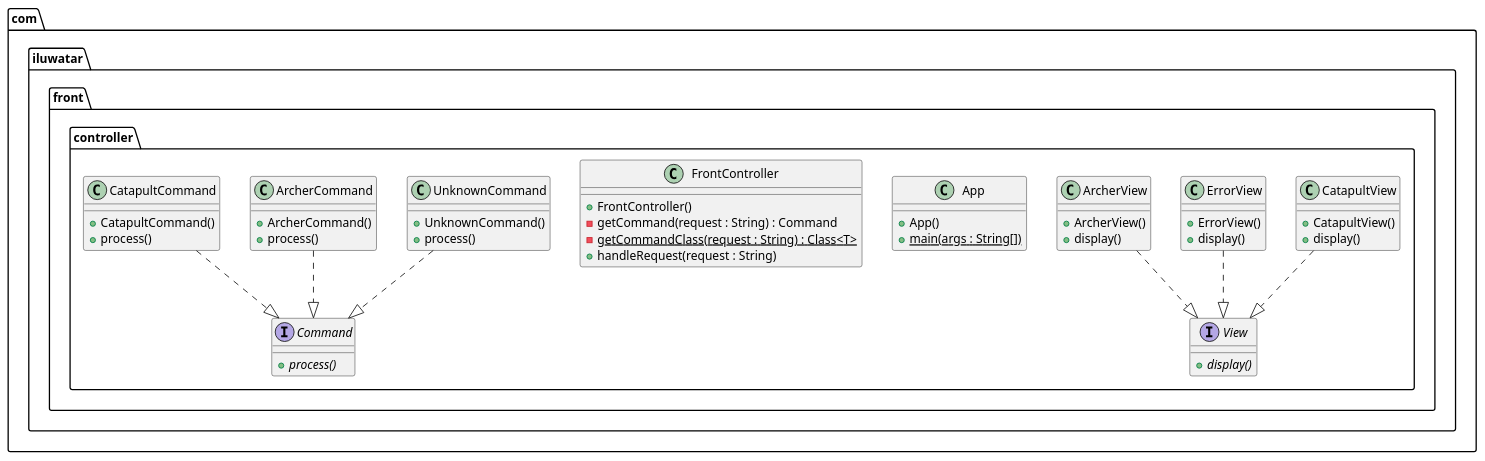
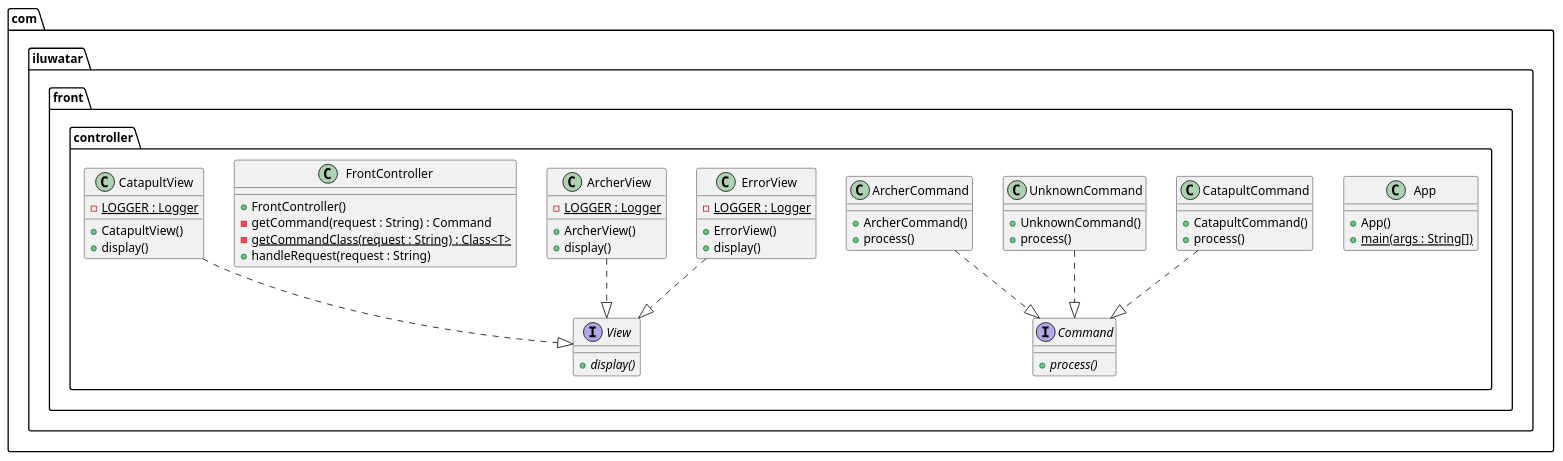
The diagram in front-controller/etc/front-controller.urm.puml (NatalieSty/java-design-patterns), drawn with PlantUML before and after one commit. The commit also changed 84 other files, not shown here.

```diff
--- a/front-controller/etc/front-controller.urm.puml
+++ b/front-controller/etc/front-controller.urm.puml
@@ -1,50 +1,53 @@
 @startuml
 package com.iluwatar.front.controller {
-  class ArcherView {
-    + ArcherView()
-    + display()
-  }
-  interface View {
-    + display() {abstract}
-  }
-  class CatapultView {
-    + CatapultView()
-    + display()
+  class App {
+    + App()
+    + main(args : String[]) {static}
   }
   class ArcherCommand {
     + ArcherCommand()
     + process()
   }
-  class App {
-    + App()
-    + main(args : String[]) {static}
+  class ArcherView {
+    - LOGGER : Logger {static}
+    + ArcherView()
+    + display()
+  }
+  class CatapultCommand {
+    + CatapultCommand()
+    + process()
+  }
+  class CatapultView {
+    - LOGGER : Logger {static}
+    + CatapultView()
+    + display()
+  }
+  interface Command {
+    + process() {abstract}
+  }
+  class ErrorView {
+    - LOGGER : Logger {static}
+    + ErrorView()
+    + display()
   }
   class FrontController {
     + FrontController()
     - getCommand(request : String) : Command
     - getCommandClass(request : String) : Class<T> {static}
     + handleRequest(request : String)
   }
   class UnknownCommand {
     + UnknownCommand()
     + process()
   }
-  class ErrorView {
-    + ErrorView()
-    + display()
-  }
-  class CatapultCommand {
-    + CatapultCommand()
-    + process()
-  }
-  interface Command {
-    + process() {abstract}
+  interface View {
+    + display() {abstract}
   }
 }
+ArcherCommand ..|> Command 
 ArcherView ..|> View 
+CatapultCommand ..|> Command 
 CatapultView ..|> View 
-ArcherCommand ..|> Command 
+ErrorView ..|> View 
 UnknownCommand ..|> Command 
-ErrorView ..|> View 
-CatapultCommand ..|> Command 
 @enduml
```
